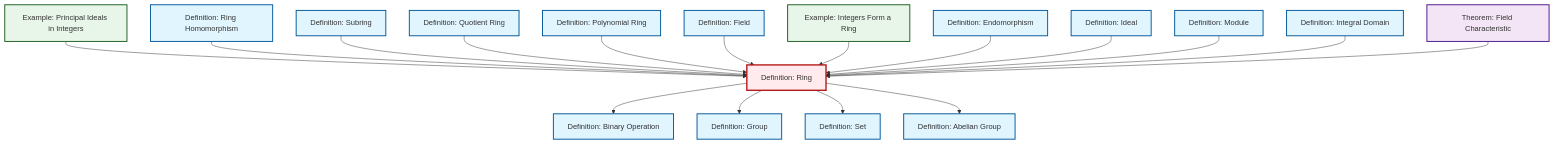
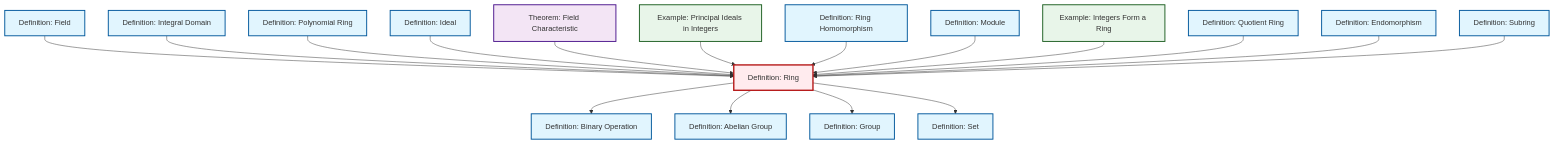
The diagram in content/ja/algebra/def-ring.qmd (RK0429/ModernMath), drawn with Mermaid before and after one commit. The commit also changed other lines of this file and 634 other files, not shown here.

First line of the commit message:
feat: Add prime ideal definition with comprehensive cross-references

````diff
--- a/content/ja/algebra/def-ring.qmd
+++ b/content/ja/algebra/def-ring.qmd
@@ -63,59 +63,59 @@
 ```{mermaid}
 %%| fig-cap: "Local dependency graph"
 graph TD
     classDef definition fill:#e1f5fe,stroke:#01579b,stroke-width:2px
     classDef theorem fill:#f3e5f5,stroke:#4a148c,stroke-width:2px
     classDef axiom fill:#fff3e0,stroke:#e65100,stroke-width:2px
     classDef example fill:#e8f5e9,stroke:#1b5e20,stroke-width:2px
     classDef current fill:#ffebee,stroke:#b71c1c,stroke-width:3px
+    def-group["Definition: Group"]:::definition
+    def-abelian-group["Definition: Abelian Group"]:::definition
+    def-module["Definition: Module"]:::definition
     def-binary-operation["Definition: Binary Operation"]:::definition
-    def-abelian-group["Definition: Abelian Group"]:::definition
+    def-quotient-ring["Definition: Quotient Ring"]:::definition
+    def-ring-homomorphism["Definition: Ring Homomorphism"]:::definition
+    def-endomorphism["Definition: Endomorphism"]:::definition
+    def-ring["Definition: Ring"]:::definition
+    ex-principal-ideal["Example: Principal Ideals in Integers"]:::example
     def-integral-domain["Definition: Integral Domain"]:::definition
+    def-subring["Definition: Subring"]:::definition
+    def-field["Definition: Field"]:::definition
     def-set["Definition: Set"]:::definition
-    def-group["Definition: Group"]:::definition
-    def-ring-homomorphism["Definition: Ring Homomorphism"]:::definition
+    def-ideal["Definition: Ideal"]:::definition
     ex-integers-ring["Example: Integers Form a Ring"]:::example
-    def-ideal["Definition: Ideal"]:::definition
-    def-module["Definition: Module"]:::definition
+    def-polynomial-ring["Definition: Polynomial Ring"]:::definition
     thm-field-characteristic["Theorem: Field Characteristic"]:::theorem
-    def-subring["Definition: Subring"]:::definition
-    ex-principal-ideal["Example: Principal Ideals in Integers"]:::example
-    def-quotient-ring["Definition: Quotient Ring"]:::definition
-    def-polynomial-ring["Definition: Polynomial Ring"]:::definition
-    def-endomorphism["Definition: Endomorphism"]:::definition
-    def-field["Definition: Field"]:::definition
-    def-ring["Definition: Ring"]:::definition
+    def-field --> def-ring
+    def-integral-domain --> def-ring
     def-ring --> def-binary-operation
+    def-polynomial-ring --> def-ring
+    def-ideal --> def-ring
+    thm-field-characteristic --> def-ring
+    def-ring --> def-abelian-group
     ex-principal-ideal --> def-ring
     def-ring-homomorphism --> def-ring
+    def-ring --> def-group
+    def-module --> def-ring
+    ex-integers-ring --> def-ring
+    def-quotient-ring --> def-ring
+    def-endomorphism --> def-ring
     def-subring --> def-ring
-    def-ring --> def-group
-    def-quotient-ring --> def-ring
-    def-polynomial-ring --> def-ring
     def-ring --> def-set
-    def-field --> def-ring
-    ex-integers-ring --> def-ring
-    def-endomorphism --> def-ring
-    def-ideal --> def-ring
-    def-ring --> def-abelian-group
-    def-module --> def-ring
-    def-integral-domain --> def-ring
-    thm-field-characteristic --> def-ring
     class def-ring current
+    click def-group "def-group.html" "Definition: Groupへ"
+    click def-abelian-group "def-abelian-group.html" "Definition: Abelian Groupへ"
+    click def-module "def-module.html" "Definition: Moduleへ"
     click def-binary-operation "def-binary-operation.html" "Definition: Binary Operationへ"
-    click def-abelian-group "def-abelian-group.html" "Definition: Abelian Groupへ"
+    click def-quotient-ring "def-quotient-ring.html" "Definition: Quotient Ringへ"
+    click def-ring-homomorphism "def-ring-homomorphism.html" "Definition: Ring Homomorphismへ"
+    click def-endomorphism "def-endomorphism.html" "Definition: Endomorphismへ"
+    click ex-principal-ideal "ex-principal-ideal.html" "Example: Principal Ideals in Integersへ"
     click def-integral-domain "def-integral-domain.html" "Definition: Integral Domainへ"
+    click def-subring "def-subring.html" "Definition: Subringへ"
+    click def-field "def-field.html" "Definition: Fieldへ"
     click def-set "def-set.html" "Definition: Setへ"
-    click def-group "def-group.html" "Definition: Groupへ"
-    click def-ring-homomorphism "def-ring-homomorphism.html" "Definition: Ring Homomorphismへ"
+    click def-ideal "def-ideal.html" "Definition: Idealへ"
     click ex-integers-ring "ex-integers-ring.html" "Example: Integers Form a Ringへ"
-    click def-ideal "def-ideal.html" "Definition: Idealへ"
-    click def-module "def-module.html" "Definition: Moduleへ"
+    click def-polynomial-ring "def-polynomial-ring.html" "Definition: Polynomial Ringへ"
     click thm-field-characteristic "thm-field-characteristic.html" "Theorem: Field Characteristicへ"
-    click def-subring "def-subring.html" "Definition: Subringへ"
-    click ex-principal-ideal "ex-principal-ideal.html" "Example: Principal Ideals in Integersへ"
-    click def-quotient-ring "def-quotient-ring.html" "Definition: Quotient Ringへ"
-    click def-polynomial-ring "def-polynomial-ring.html" "Definition: Polynomial Ringへ"
-    click def-endomorphism "def-endomorphism.html" "Definition: Endomorphismへ"
-    click def-field "def-field.html" "Definition: Fieldへ"
 ```
````
